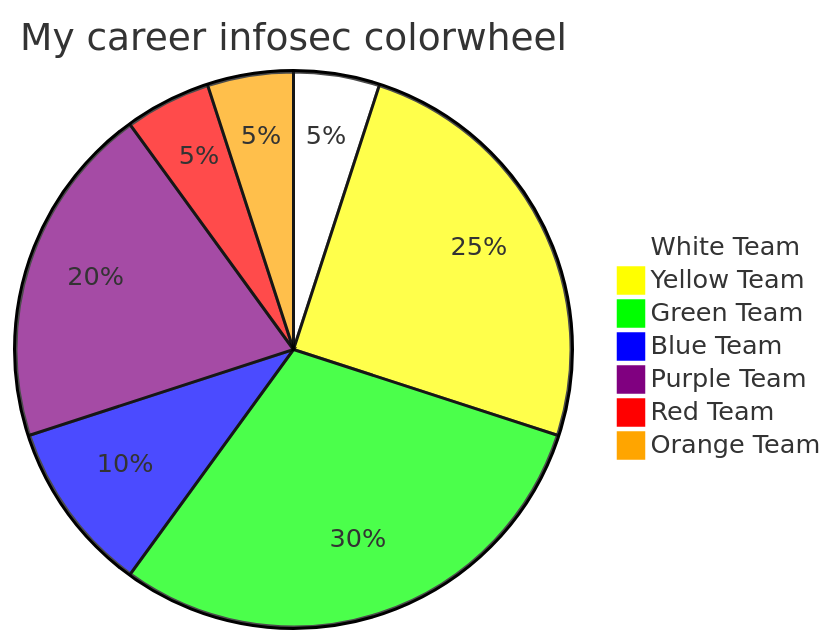
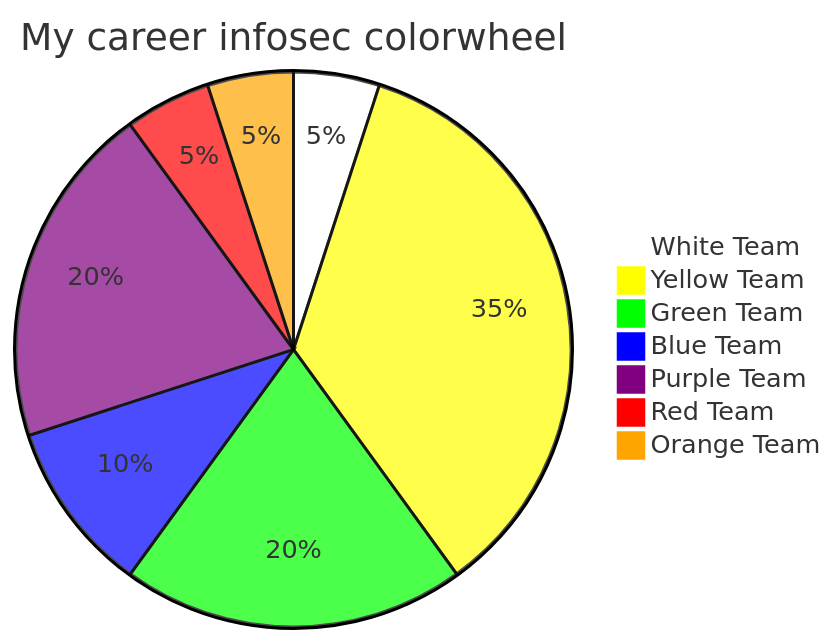
The diagram in README.md (felickz/felickz), drawn with Mermaid before and after one commit.

Commit message:
more yellow, less green - entire career wise

````diff
--- a/README.md
+++ b/README.md
@@ -4,13 +4,13 @@
 ```mermaid
 %%{init: {'theme': 'base', 'themeVariables': { 'pie1': '#FFFFFF', 'pie2': '#FFFF00', 'pie3': '#00FF00', 'pie4': '#0000FF', 'pie5': '#800080', 'pie6': '#ff0000', 'pie7': '#FFA500'}}}%%
 pie
   title My career infosec colorwheel
   "White Team" : 5
-  "Yellow Team" : 25
-  "Green Team" : 30
+  "Yellow Team" : 35
+  "Green Team" : 20
   "Blue Team" : 10
   "Purple Team" : 20
   "Red Team" : 5
   "Orange Team" : 5
   
 ```
````
